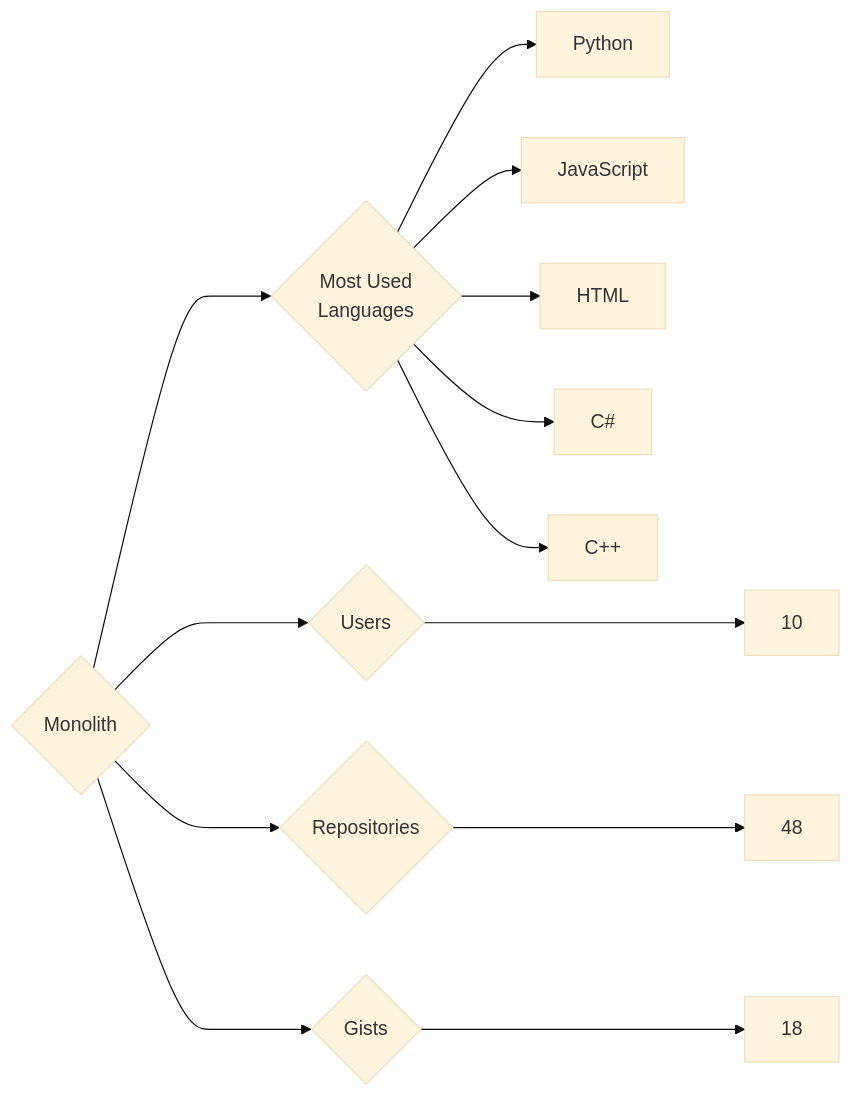
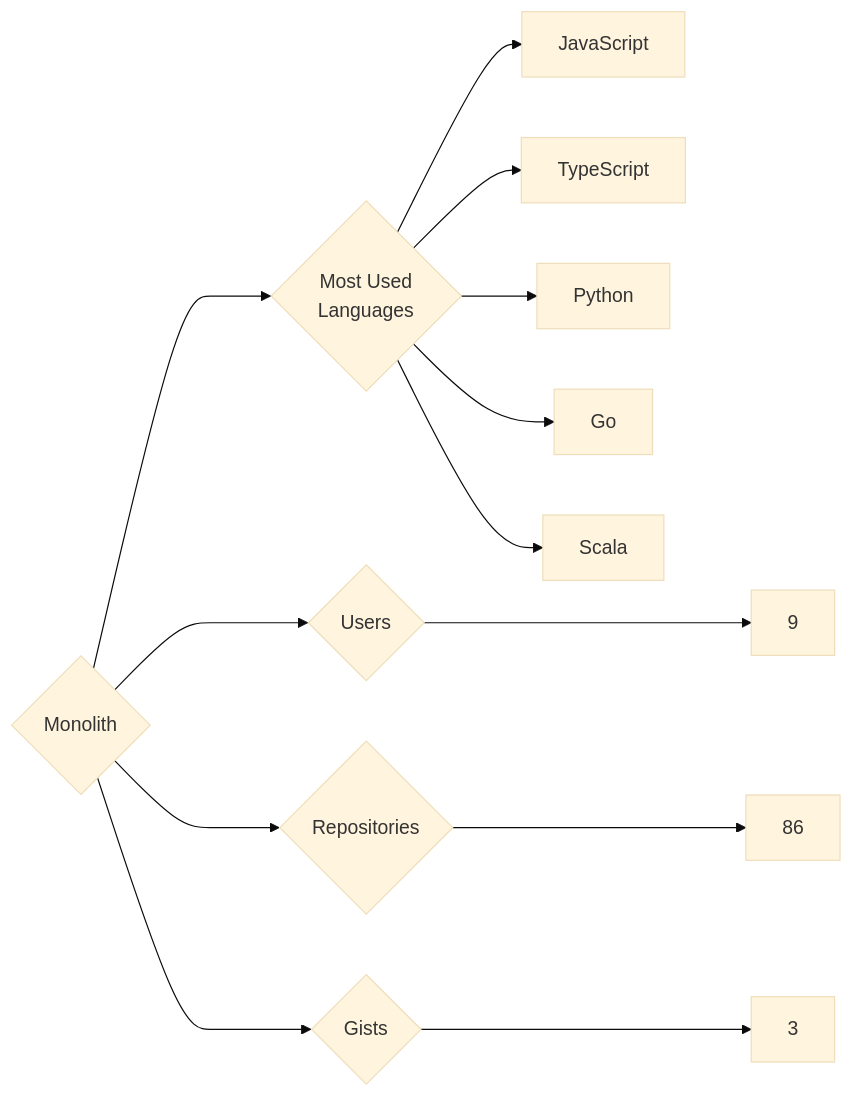
The diagram in targets/Monolith/README.md (trickest/insiders), drawn with Mermaid (base theme) before and after one commit. The commit also changed 976 other files, not shown here.

````diff
--- a/targets/Monolith/README.md
+++ b/targets/Monolith/README.md
@@ -3,13 +3,13 @@
 ```mermaid
 graph LR
 COMPANY_NAME{Monolith}
-COMPANY_NAME ---> U{Users} ---> UN[10]
-COMPANY_NAME ---> R{Repositories} ---> RN[48]
-COMPANY_NAME ---> G{Gists} ---> GN[18]
+COMPANY_NAME ---> U{Users} ---> UN[9]
+COMPANY_NAME ---> R{Repositories} ---> RN[86]
+COMPANY_NAME ---> G{Gists} ---> GN[3]
 COMPANY_NAME ---> ML{Most Used<br>Languages}
+ML --> JavaScript[JavaScript]
+ML --> TypeScript[TypeScript]
 ML --> Python[Python]
-ML --> JavaScript[JavaScript]
-ML --> HTML[HTML]
-ML --> C#[C#]
-ML --> C++[C++]
+ML --> Go[Go]
+ML --> Scala[Scala]
 ```
````
